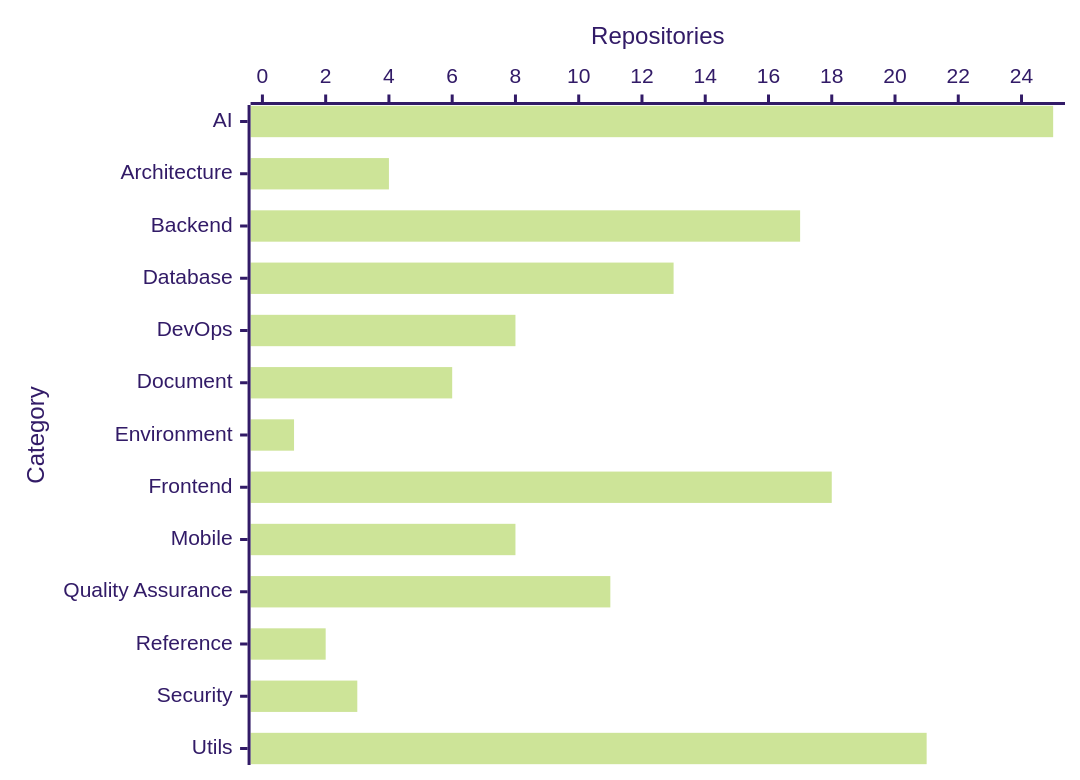
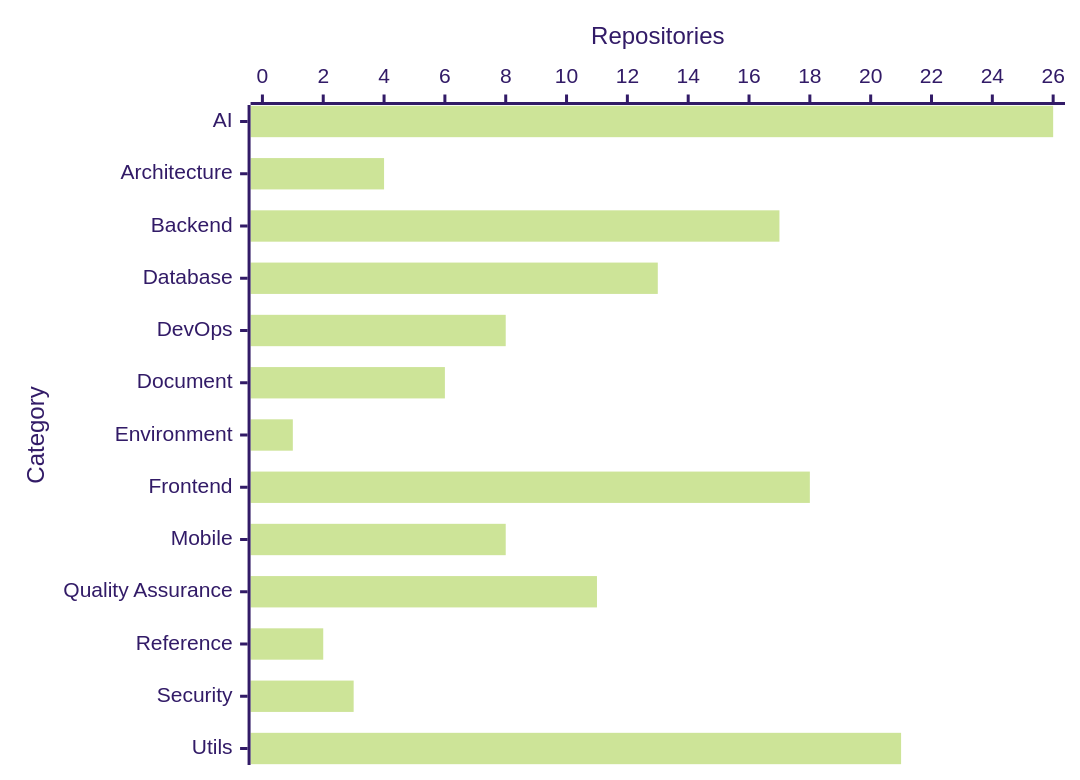
One commit to prawee/resource changed the diagram in README.md. Above: the diagram before and after it, drawn with Mermaid (forest theme). The commit also changed other lines of this file, not shown here.

````diff
--- a/README.md
+++ b/README.md
@@ -11,6 +11,6 @@
 ```mermaid
 xychart-beta horizontal
     x-axis "Category" ["AI", "Architecture", "Backend", "Database", "DevOps", "Document", "Environment", "Frontend", "Mobile", "Quality Assurance", "Reference", "Security", "Utils"]
-    y-axis "Repositories" 0 --> 25
-    bar [25, 4, 17, 13, 8, 6, 1, 18, 8, 11, 2, 3, 21]
+    y-axis "Repositories" 0 --> 26
+    bar [26, 4, 17, 13, 8, 6, 1, 18, 8, 11, 2, 3, 21]
 ```
````
